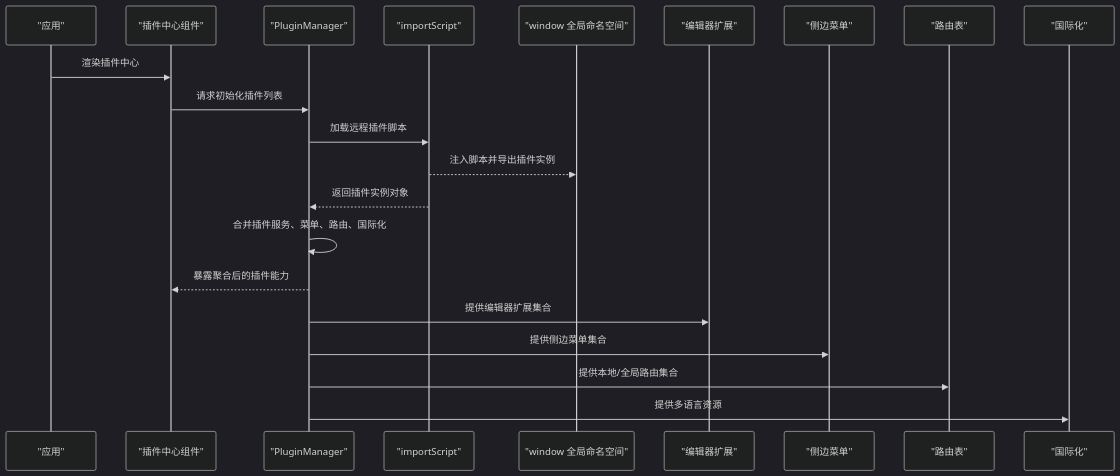
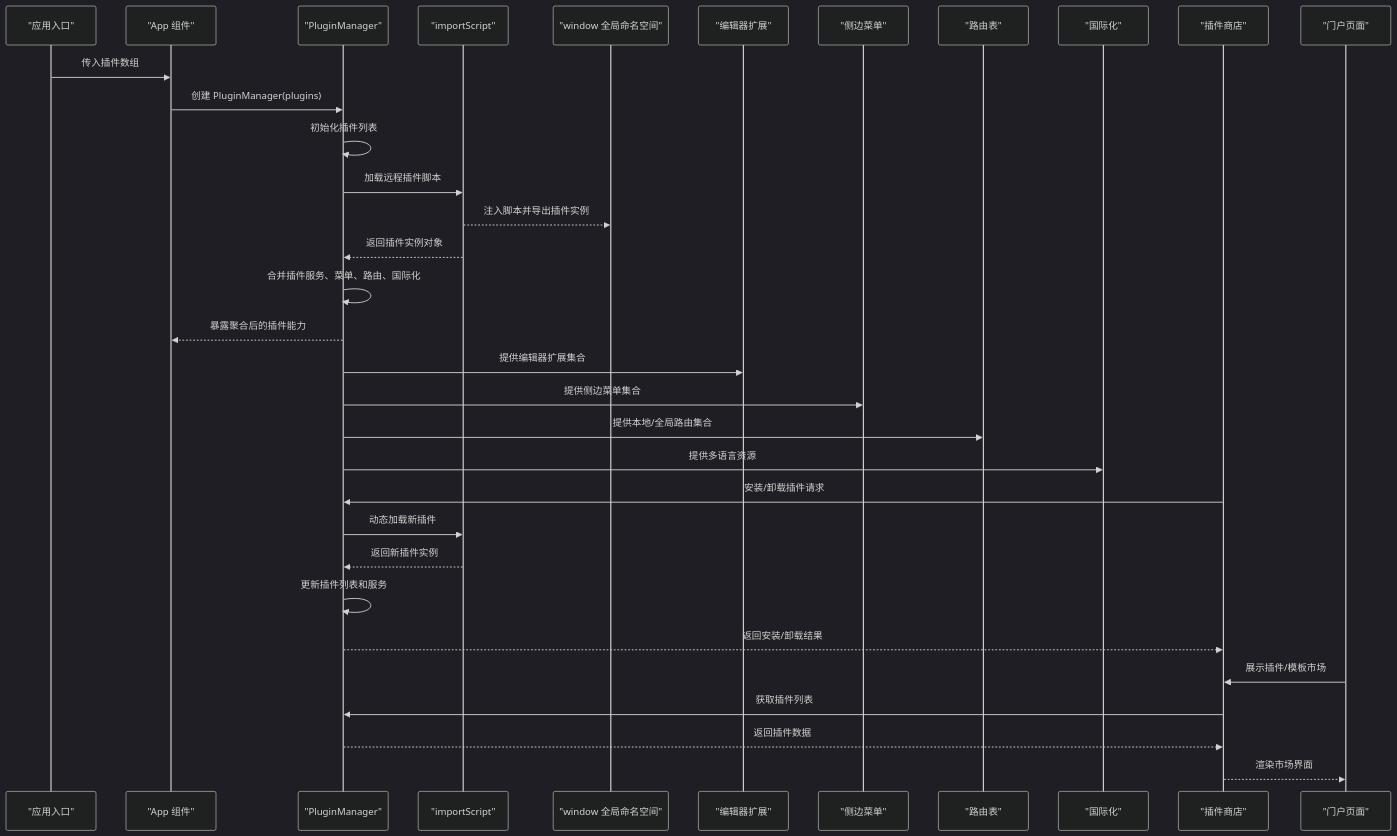
Before and after one commit to LRF0422/Kotion: the second of 20 diagrams in .qoder/repowiki/zh/content/架构设计/插件系统架构/插件系统架构.md, drawn with Mermaid (dark theme). The commit also changed other lines of this file and 75 other files, not shown here.

````diff
--- a/.qoder/repowiki/zh/content/架构设计/插件系统架构/插件系统架构.md
+++ b/.qoder/repowiki/zh/content/架构设计/插件系统架构/插件系统架构.md
@@ -127,23 +221,35 @@
 ```mermaid
 sequenceDiagram
-participant App as "应用"
-participant Hub as "插件中心组件"
+participant App as "应用入口"
+participant AppComp as "App 组件"
 participant PM as "PluginManager"
 participant Loader as "importScript"
 participant Win as "window 全局命名空间"
 participant Ext as "编辑器扩展"
 participant Menu as "侧边菜单"
 participant Routes as "路由表"
 participant I18N as "国际化"
-App->>Hub : 渲染插件中心
-Hub->>PM : 请求初始化插件列表
+participant Store as "插件商店"
+participant Portal as "门户页面"
+App->>AppComp : 传入插件数组
+AppComp->>PM : 创建 PluginManager(plugins)
+PM->>PM : 初始化插件列表
 PM->>Loader : 加载远程插件脚本
 Loader-->>Win : 注入脚本并导出插件实例
 Loader-->>PM : 返回插件实例对象
 PM->>PM : 合并插件服务、菜单、路由、国际化
-PM-->>Hub : 暴露聚合后的插件能力
+PM-->>AppComp : 暴露聚合后的插件能力
 PM->>Ext : 提供编辑器扩展集合
 PM->>Menu : 提供侧边菜单集合
 PM->>Routes : 提供本地/全局路由集合
 PM->>I18N : 提供多语言资源
+Store->>PM : 安装/卸载插件请求
+PM->>Loader : 动态加载新插件
+Loader-->>PM : 返回新插件实例
+PM->>PM : 更新插件列表和服务
+PM-->>Store : 返回安装/卸载结果
+Portal->>Store : 展示插件/模板市场
+Store->>PM : 获取插件列表
+PM-->>Store : 返回插件数据
+Store-->>Portal : 渲染市场界面
 ```
````
